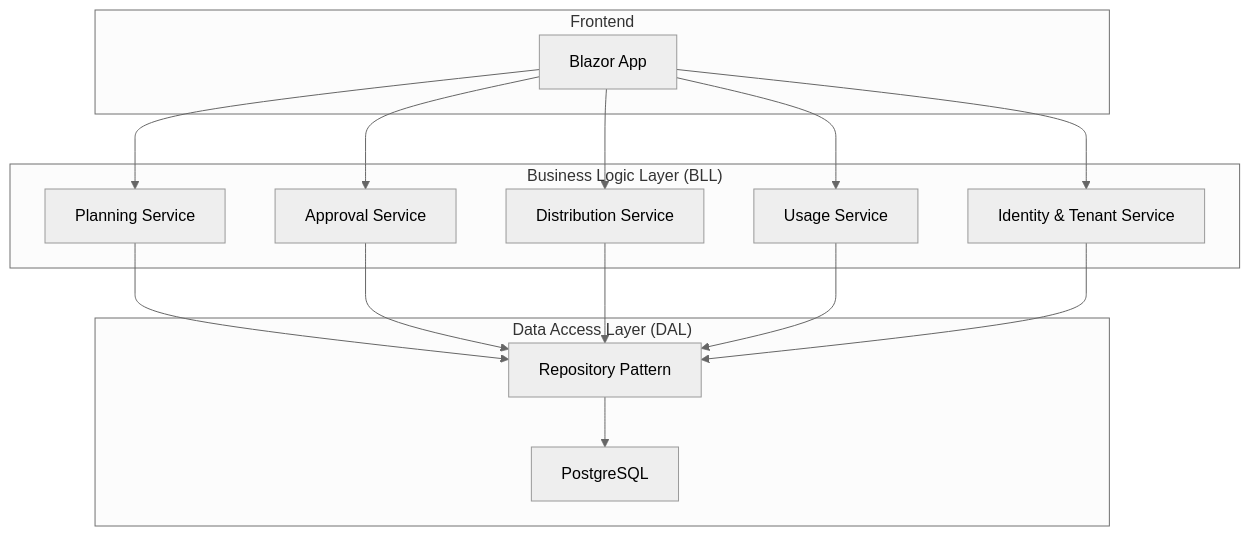
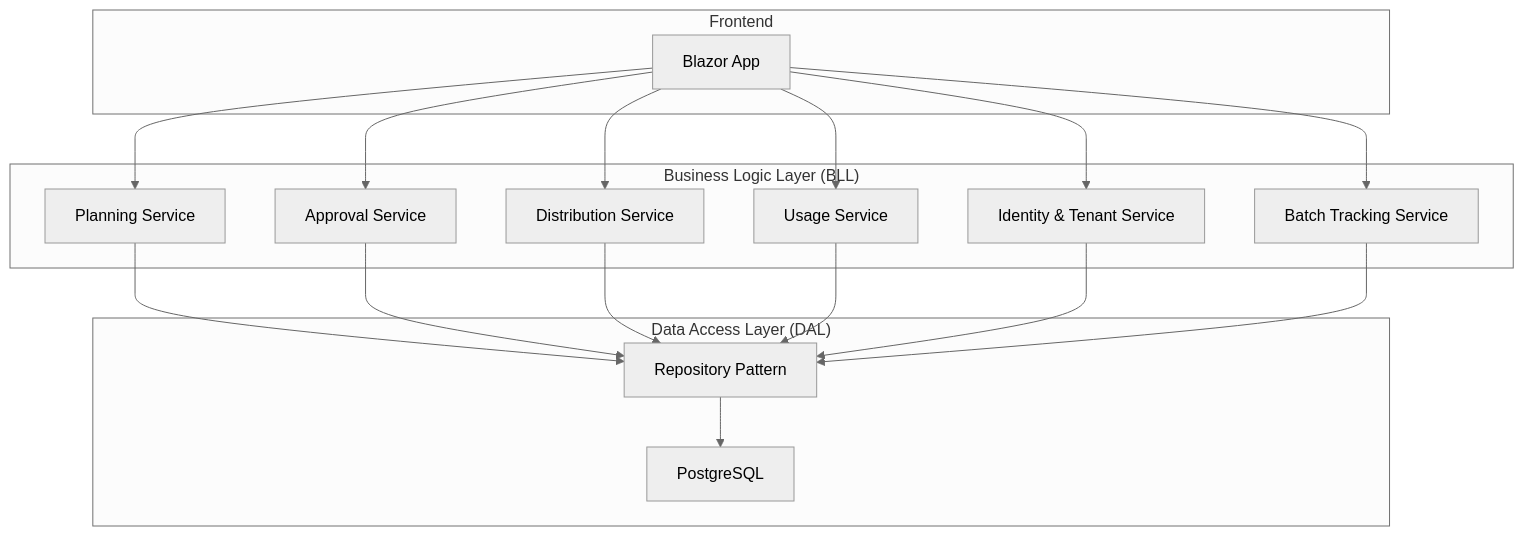
One commit to lamhongbac/NonCash changed the first of 9 diagrams in .qoder/repowiki/en/content/Business Logic and Workflows/Multi-Channel Distribution System.md. Above: the diagram before and after it, drawn with Mermaid (neutral theme). The commit also changed other lines of this file and 111 other files, not shown here.

````diff
--- a/.qoder/repowiki/en/content/Business Logic and Workflows/Multi-Channel Distribution System.md
+++ b/.qoder/repowiki/en/content/Business Logic and Workflows/Multi-Channel Distribution System.md
@@ -36,28 +55,31 @@
 ```mermaid
 graph TB
 subgraph "Frontend"
 UI["Blazor App"]
 end
 subgraph "Business Logic Layer (BLL)"
 Planning["Planning Service"]
 Approval["Approval Service"]
 Distribution["Distribution Service"]
 Usage["Usage Service"]
 Identity["Identity & Tenant Service"]
+BatchTracking["Batch Tracking Service"]
 end
 subgraph "Data Access Layer (DAL)"
 Repo["Repository Pattern"]
 DB["PostgreSQL"]
 end
 UI --> Planning
 UI --> Approval
 UI --> Distribution
 UI --> Usage
 UI --> Identity
+UI --> BatchTracking
 Planning --> Repo
 Approval --> Repo
 Distribution --> Repo
 Usage --> Repo
 Identity --> Repo
+BatchTracking --> Repo
 Repo --> DB
 ```
````
